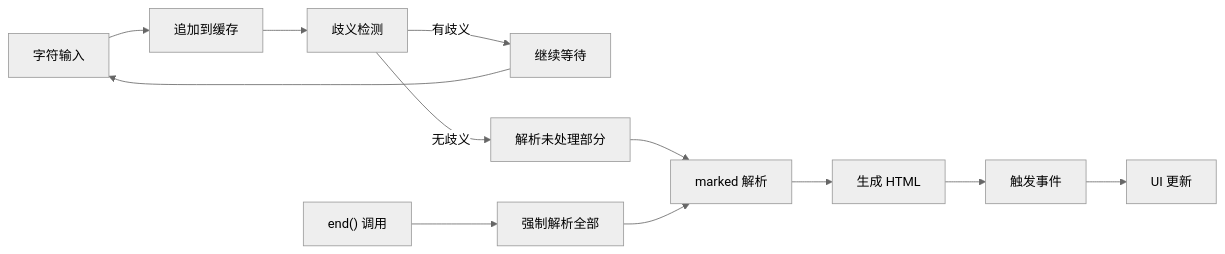
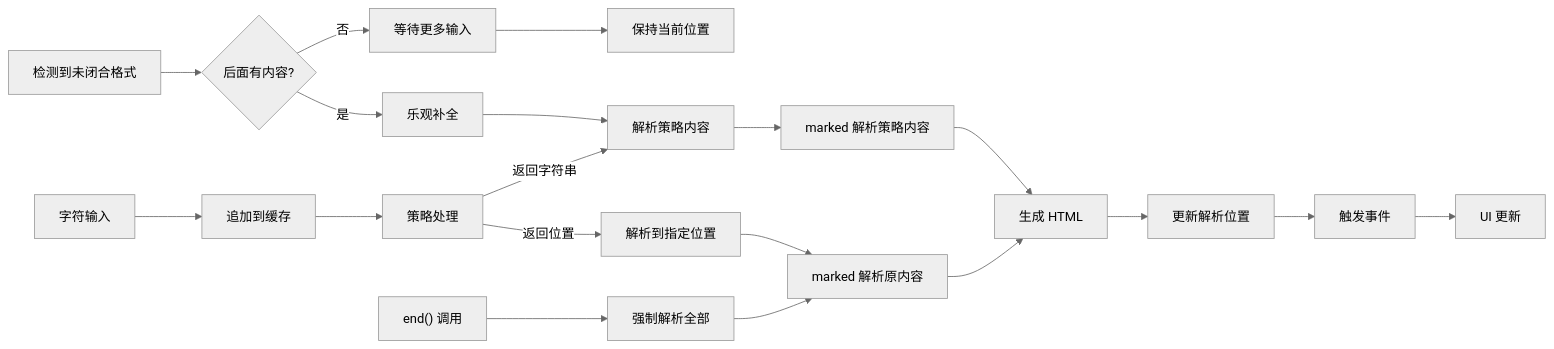
One commit to yarnovo/markdown-river changed the second of 10 diagrams in ARCHITECTURE.md. Above: the diagram before and after it, drawn with Mermaid (neutral theme). The commit also changed other lines of this file and 5 other files, not shown here.

````diff
--- a/ARCHITECTURE.md
+++ b/ARCHITECTURE.md
@@ -71,16 +71,25 @@
 ```mermaid
 flowchart LR
     A[字符输入] --> B[追加到缓存]
-    B --> C[歧义检测]
-    C -->|有歧义| D[继续等待]
-    C -->|无歧义| E[解析未处理部分]
+    B --> C[策略处理]
+    C -->|返回位置| D[解析到指定位置]
+    C -->|返回字符串| E[解析策略内容]
 
-    D --> A
-    E --> F[marked 解析]
-    F --> G[生成 HTML]
-    G --> H[触发事件]
-    H --> I[UI 更新]
+    D --> F[marked 解析原内容]
+    E --> G[marked 解析策略内容]
 
-    J["end() 调用"] --> K[强制解析全部]
-    K --> F
+    F --> H[生成 HTML]
+    G --> H
+    H --> I[更新解析位置]
+    I --> J[触发事件]
+    J --> K[UI 更新]
+
+    L[检测到未闭合格式] --> M{后面有内容?}
+    M -->|是| N[乐观补全]
+    M -->|否| O[等待更多输入]
+    N --> E
+    O --> P[保持当前位置]
+
+    Q["end() 调用"] --> R[强制解析全部]
+    R --> F
 ```
````
